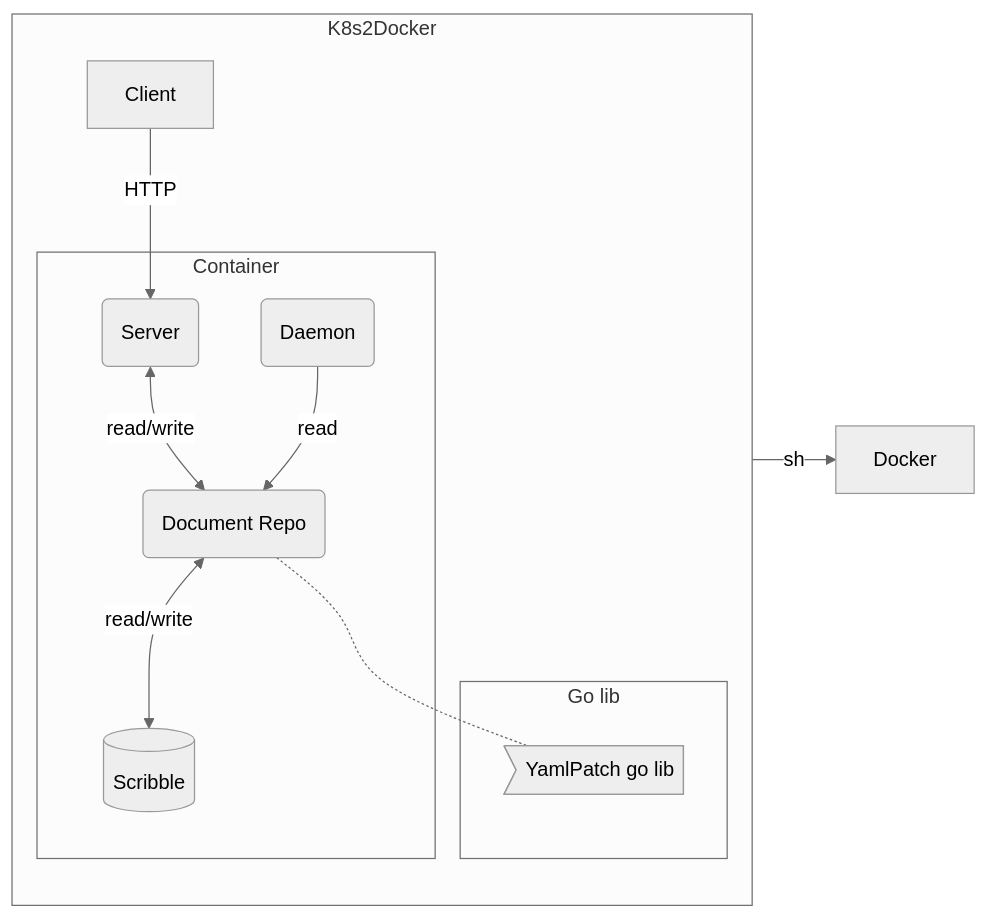
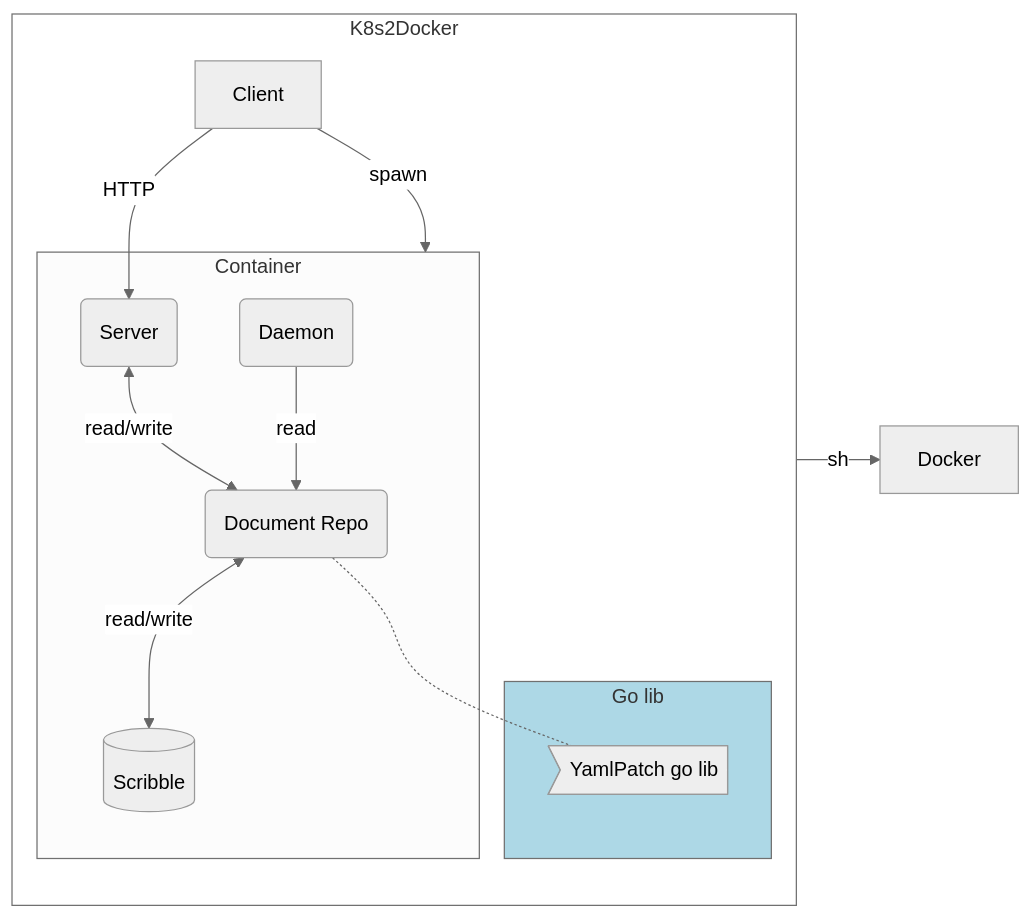
One commit to mxbossard/mass changed the diagram in src/mby.fr/k8s2docker/README.md. Above: the diagram before and after it, drawn with Mermaid (neutral theme). The commit also changed 11 other files, not shown here.

````diff
--- a/src/mby.fr/k8s2docker/README.md
+++ b/src/mby.fr/k8s2docker/README.md
@@ -4,37 +4,41 @@
 ```mermaid
 flowchart LR
 
     Patcher>YamlPatch go lib]
     Repo(Document Repo)
     Db[(Scribble)]
     Daemon(Daemon)
     Cli[Client]
     Server(Server)
     Docker[Docker]
     
 
     subgraph K8s2Docker
         direction TB
         Cli
 
     
-        subgraph Go lib
+        subgraph Go[Go lib]
             Patcher
         end
 
         subgraph Container
             Server
             Repo
             Db
             Daemon
         end
     end
 
     Repo -.- Patcher
     Cli -->|HTTP| Server
+    Cli -->|spawn| Container
     Server <-->|read/write| Repo
+    Repo <-->|read/write| Db
     Daemon -->|read| Repo
     Daemon -->|sh| Docker
-    Repo <-->|read/write| Db
+    
+    style K8s2Docker fill:#fff
+    style Go fill:lightblue
   
 ```
````
